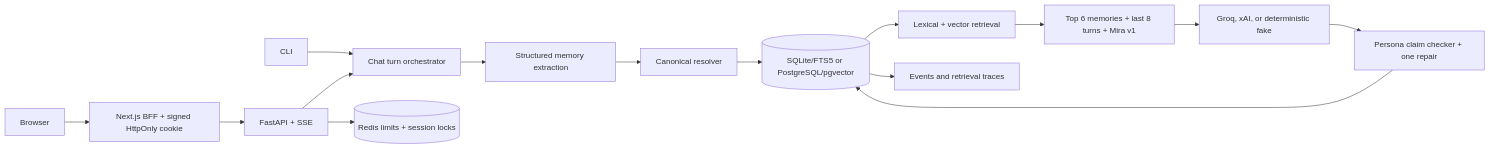
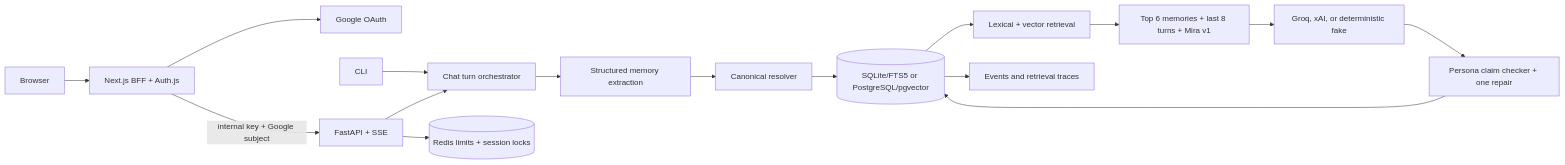
The diagram in README.md (praveen202105/companion-ai-core-loop), drawn with Mermaid before and after one commit. The commit also changed other lines of this file and 4 other files, not shown here.

Commit message:
docs(deploy): document Google OAuth configuration

````diff
--- a/README.md
+++ b/README.md
@@ -41,17 +41,18 @@
 ```mermaid
 flowchart LR
-    Browser --> BFF[Next.js BFF + signed HttpOnly cookie]
+    Browser --> BFF[Next.js BFF + Auth.js]
+    BFF --> Google[Google OAuth]
     CLI[CLI] --> Turn[Chat turn orchestrator]
-    BFF --> API[FastAPI + SSE]
+    BFF -->|internal key + Google subject| API[FastAPI + SSE]
     API --> Turn
     Turn --> Extract[Structured memory extraction]
     Extract --> Resolve[Canonical resolver]
     Resolve --> Store[(SQLite/FTS5 or PostgreSQL/pgvector)]
     Store --> Retrieve[Lexical + vector retrieval]
     Retrieve --> Prompt[Top 6 memories + last 8 turns + Mira v1]
     Prompt --> LLM[Groq, xAI, or deterministic fake]
     LLM --> Guard[Persona claim checker + one repair]
     Guard --> Store
     Store --> Trace[Events and retrieval traces]
     API --> Redis[(Redis limits + session locks)]
 ```
````
